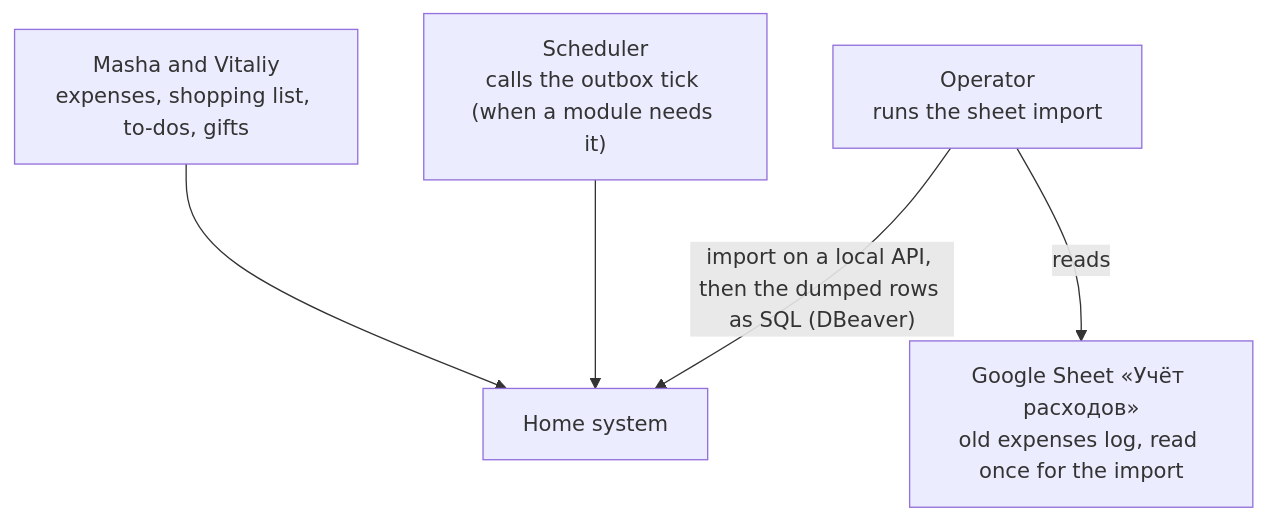
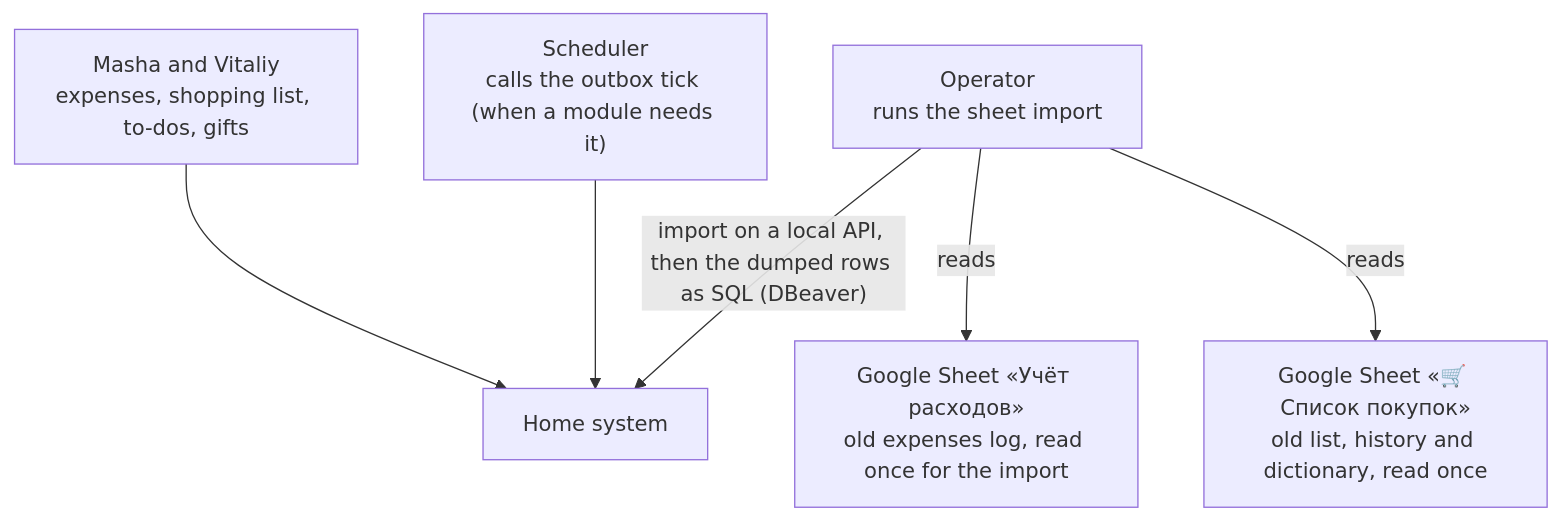
One commit to Weretik/home-app changed the first of 3 diagrams in api/docs/architecture/c4.md. Above: the diagram before and after it, drawn with Mermaid. The commit also changed other lines of this file and 200 other files, not shown here.

First line of the commit message:
Shopping module: list, cart, history, frequent items, departments and keywords API

````diff
--- a/api/docs/architecture/c4.md
+++ b/api/docs/architecture/c4.md
@@ -7,13 +7,15 @@
 ```mermaid
 flowchart TB
     family["Masha and Vitaliy<br/>expenses, shopping list, to-dos, gifts"]
     system["Home system"]
     scheduler["Scheduler<br/>calls the outbox tick (when a module needs it)"]
     sheet["Google Sheet «Учёт расходов»<br/>old expenses log, read once for the import"]
+    shoppingSheet["Google Sheet «🛒 Список покупок»<br/>old list, history and dictionary, read once"]
     operator["Operator<br/>runs the sheet import"]
 
     family --> system
     scheduler --> system
     operator -->|reads| sheet
+    operator -->|reads| shoppingSheet
     operator -->|"import on a local API, then the dumped rows as SQL (DBeaver)"| system
 ```
````
